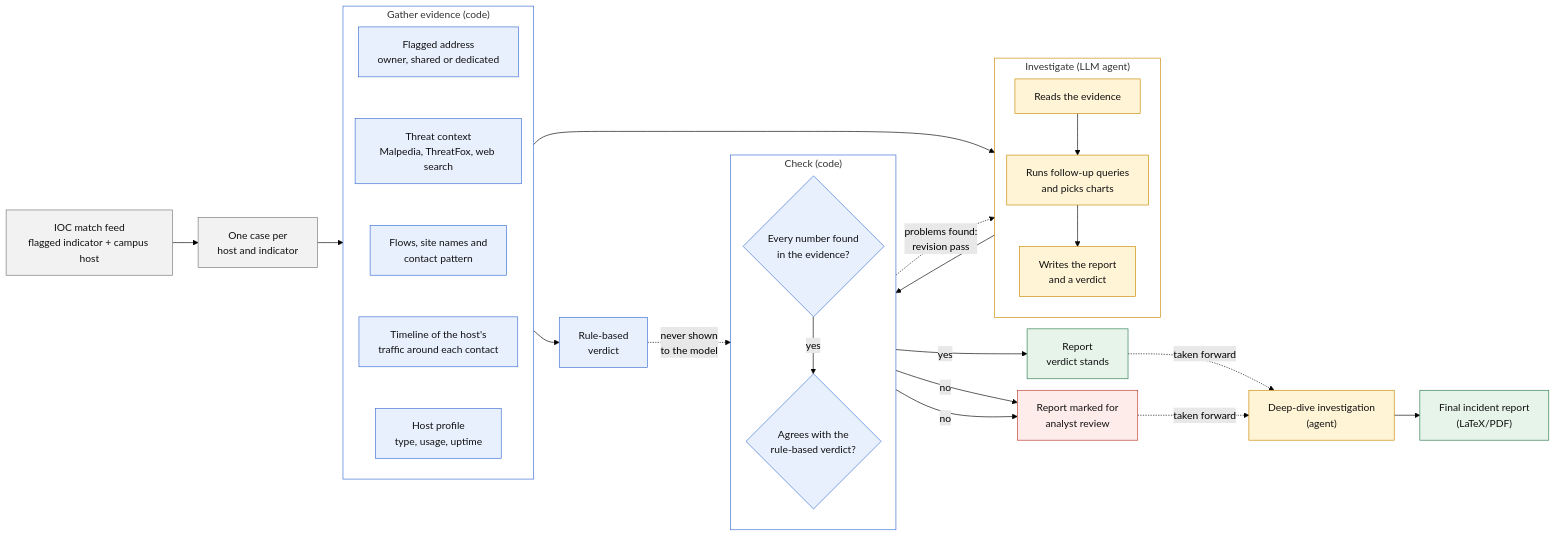
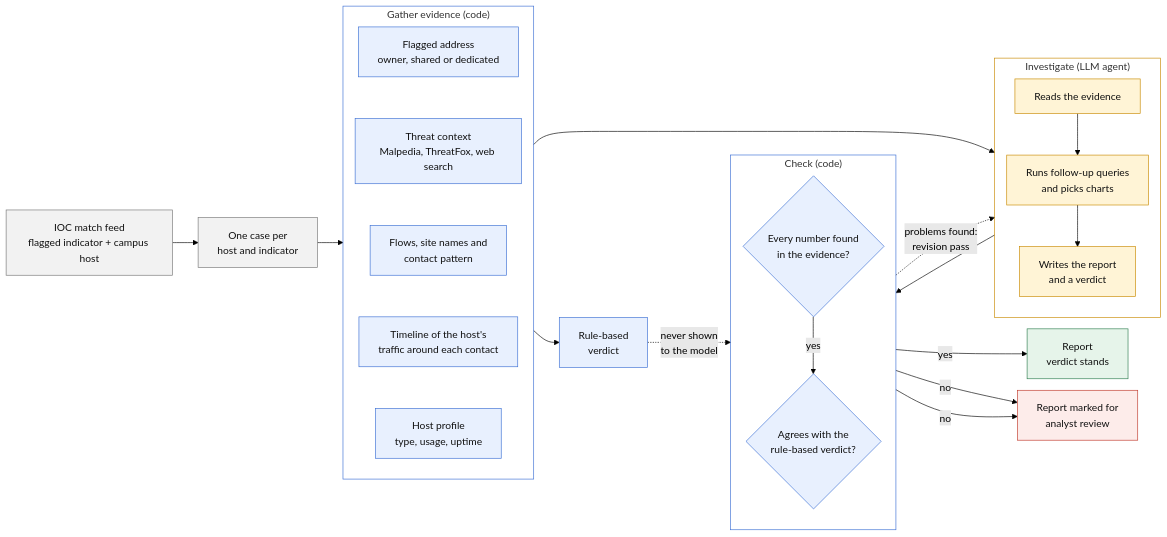
The first of 2 diagrams in README.md (Benji-code/automated-ioc-investigator), drawn with Mermaid (forest theme) before and after one commit. The commit also changed other lines of this file and 1 other file, not shown here.

Commit message:
wording improvements and concision improvements

````diff
--- a/README.md
+++ b/README.md
@@ -39,60 +39,56 @@
 ```mermaid
 %%{init: {"flowchart": {"nodeSpacing": 18, "rankSpacing": 40}}}%%
 flowchart LR
     feed["IOC match feed<br/>flagged indicator + campus host"] --> cases["One case per<br/>host and indicator"]
     cases --> gather
 
     subgraph gather["Gather evidence (code)"]
         direction TB
         g1["Flagged address<br/>owner, shared or dedicated"]
         g5["Threat context<br/>Malpedia, ThreatFox, web search"]
         g2["Flows, site names and<br/>contact pattern"]
         g3["Timeline of the host's<br/>traffic around each contact"]
         g4["Host profile<br/>type, usage, uptime"]
         g1 ~~~ g5 ~~~ g2 ~~~ g3 ~~~ g4
     end
 
     gather --> investigate
     gather --> rules["Rule-based<br/>verdict"]
 
     subgraph investigate["Investigate (LLM agent)"]
         direction TB
         m1["Reads the evidence"]
         m2["Runs follow-up queries<br/>and picks charts"]
         m3["Writes the report<br/>and a verdict"]
         m1 --> m2 --> m3
     end
 
     investigate --> check
 
     subgraph check["Check (code)"]
         direction TB
         c1{"Every number found<br/>in the evidence?"}
         c2{"Agrees with the<br/>rule-based verdict?"}
         c1 -- yes --> c2
     end
 
     rules -. "never shown<br/>to the model" .-> c2
     check -. "problems found:<br/>revision pass" .-> investigate
     c2 -- yes --> done["Report<br/>verdict stands"]
     c1 -- no --> review["Report marked for<br/>analyst review"]
     c2 -- no --> review
 
-    done -. "taken forward" .-> deep["Deep-dive investigation<br/>(agent)"]
-    review -. "taken forward" .-> deep
-    deep --> final["Final incident report<br/>(LaTeX/PDF)"]
-
     classDef code fill:#e8f0fe,stroke:#3b6fd4,color:#111
     classDef model fill:#fff4d6,stroke:#c98a00,color:#111
     classDef io fill:#f2f2f2,stroke:#777,color:#111
     classDef good fill:#e6f4ea,stroke:#2e7d4f,color:#111
     classDef warn fill:#fdecea,stroke:#c0392b,color:#111
     class g1,g2,g3,g4,g5,c1,c2,rules code
-    class m1,m2,m3,deep model
+    class m1,m2,m3 model
     class feed,cases io
-    class done,final good
+    class done good
     class review warn
     style gather fill:none,stroke:#3b6fd4
     style investigate fill:none,stroke:#c98a00
     style check fill:none,stroke:#3b6fd4
 ```
````
